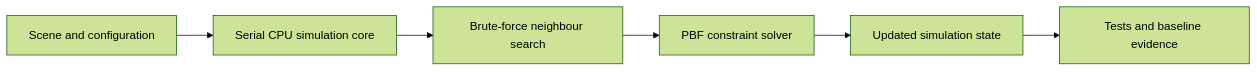
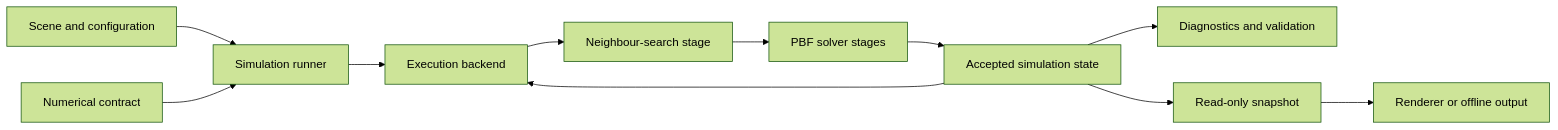
Before and after one commit to Mahkrab/EPQ: the first of 2 diagrams in docs/project/development/00/serial-brute-force.md, drawn with Mermaid (forest theme). The commit also changed other lines of this file and 3 other files, not shown here.

Commit message:
Completed plan, finished mathmatics in brute force milestone and explanation.

````diff
--- a/docs/project/development/00/serial-brute-force.md
+++ b/docs/project/development/00/serial-brute-force.md
@@ -312,8 +382,13 @@
 ```mermaid
 flowchart LR
-    Input[Scene and configuration] --> Core[Serial CPU simulation core]
-    Core --> Search[Brute-force neighbour search]
-    Search --> Solver[PBF constraint solver]
-    Solver --> State[Updated simulation state]
-    State --> Evidence[Tests and baseline evidence]
+    Input[Scene and configuration] --> Runner[Simulation runner]
+    Contract[Numerical contract] --> Runner
+    Runner --> Backend[Execution backend]
+    State[Accepted simulation state] --> Backend
+    Backend --> Search[Neighbour-search stage]
+    Search --> Solver[PBF solver stages]
+    Solver --> State
+    State --> Diagnostics[Diagnostics and validation]
+    State --> Snapshot[Read-only snapshot]
+    Snapshot --> Renderer[Renderer or offline output]
 ```
````
